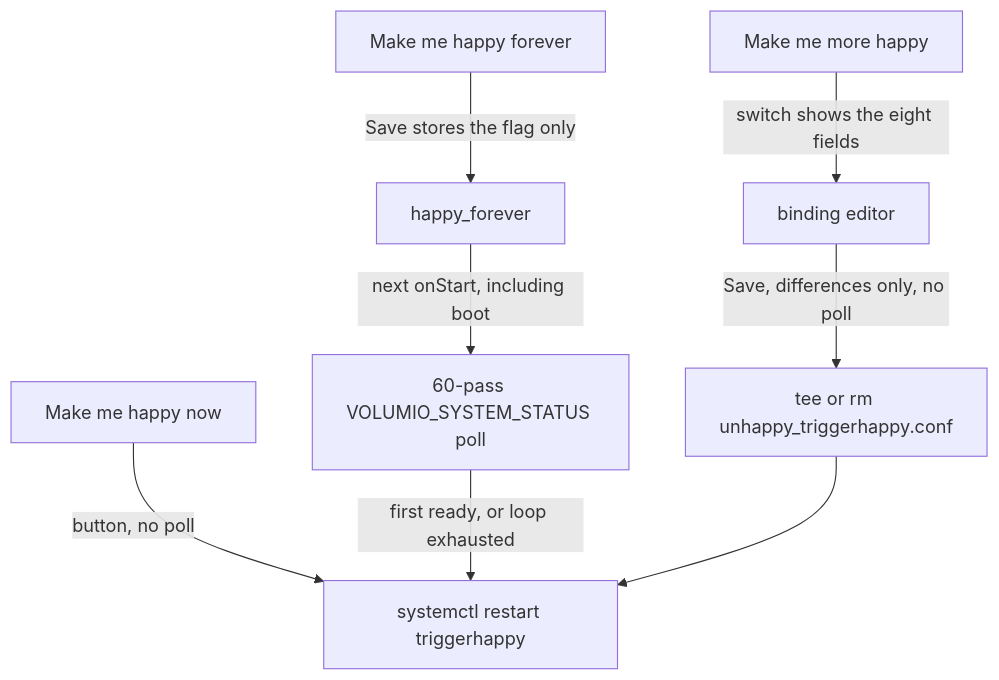
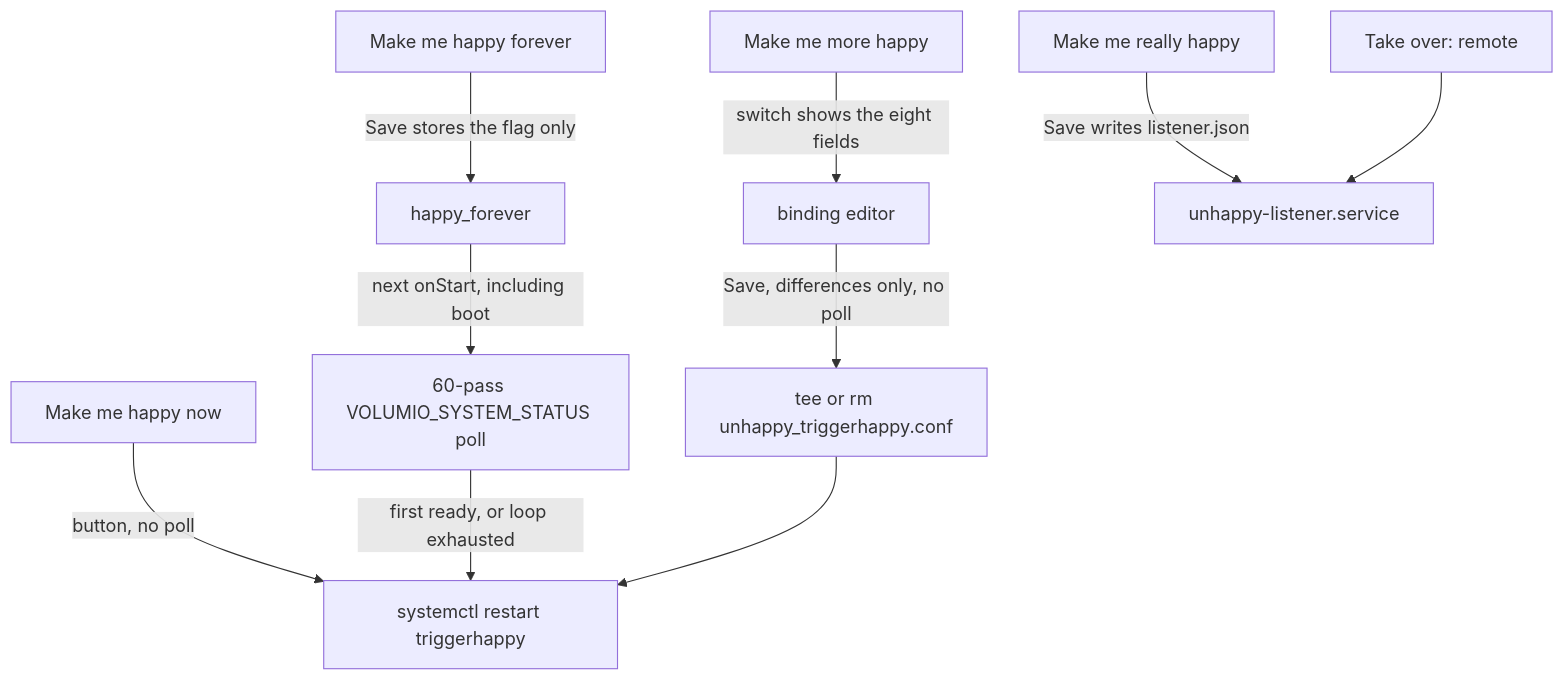
The fourth of 7 diagrams in README.md (foonerd/unhappy), drawn with Mermaid before and after one commit. The commit also changed other lines of this file and 1 other file, not shown here.

Commit message:
docs: the listener, the sudoers file, the release train, and updating

````diff
--- a/README.md
+++ b/README.md
@@ -93,10 +103,12 @@
 ```mermaid
 flowchart TD
   NOW["Make me happy now"] -->|"button, no poll"| RESTART["systemctl restart triggerhappy"]
   FOREVER["Make me happy forever"] -->|"Save stores the flag only"| FLAG["happy_forever"]
   FLAG -->|"next onStart, including boot"| POLL["60-pass VOLUMIO_SYSTEM_STATUS poll"]
   POLL -->|"first ready, or loop exhausted"| RESTART
   MORE["Make me more happy"] -->|"switch shows the eight fields"| EDITOR["binding editor"]
   EDITOR -->|"Save, differences only, no poll"| WRITE["tee or rm unhappy_triggerhappy.conf"]
   WRITE --> RESTART
+  REALLY["Make me really happy"] -->|"Save writes listener.json"| LISTENER["unhappy-listener.service"]
+  TAKE["Take over: remote"] --> LISTENER
 ```
````
